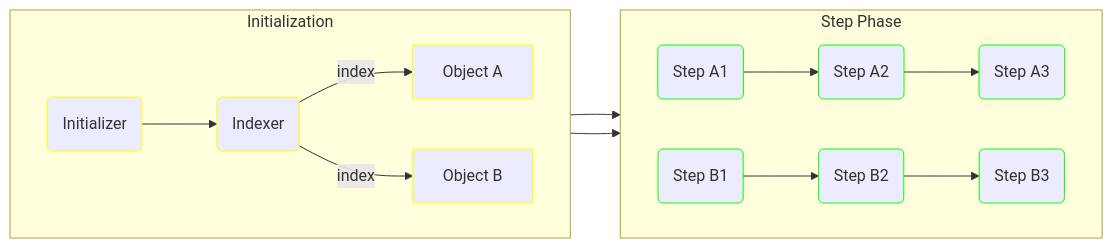
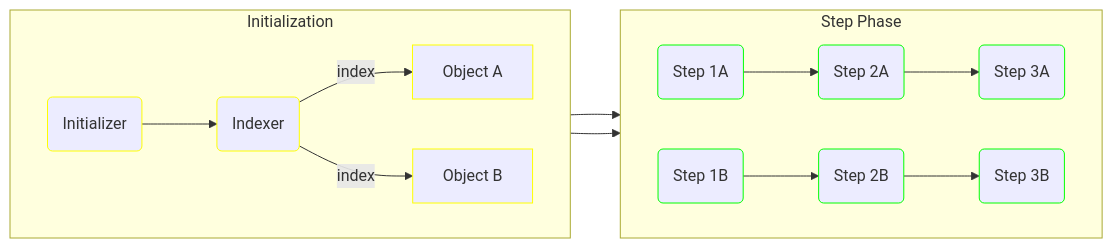
The second of 3 diagrams in doc/initializers.md (illuin-tech/data-pipeline), drawn with Mermaid before and after one commit. The commit also changed other lines of this file and 3 other files, not shown here.

````diff
--- a/doc/initializers.md
+++ b/doc/initializers.md
@@ -47,30 +47,30 @@
 ```mermaid
 flowchart LR
     subgraph INIT_PHASE[Initialization]
         direction LR
         
         INITIALIZER(Initializer):::init
         INDEXER(Indexer):::init
         OBJECT_A[Object A]:::init
         OBJECT_B[Object B]:::init
     end
     
     subgraph STEP_PHASE[Step Phase]
         direction LR
         
-        STEP_A1(Step A1):::step
-        STEP_A2(Step A2):::step
-        STEP_A3(Step A3):::step
+        STEP_A1(Step 1A):::step
+        STEP_A2(Step 2A):::step
+        STEP_A3(Step 3A):::step
         
-        STEP_B1(Step B1):::step
-        STEP_B2(Step B2):::step
-        STEP_B3(Step B3):::step
+        STEP_B1(Step 1B):::step
+        STEP_B2(Step 2B):::step
+        STEP_B3(Step 3B):::step
     end
     
     INITIALIZER --> INDEXER
     INDEXER -- index --> OBJECT_A --> STEP_A1 --> STEP_A2 --> STEP_A3
     INDEXER -- index --> OBJECT_B --> STEP_B1 --> STEP_B2 --> STEP_B3
 
     classDef init stroke:yellow;
     classDef step stroke:#0f0;
 ```
````
